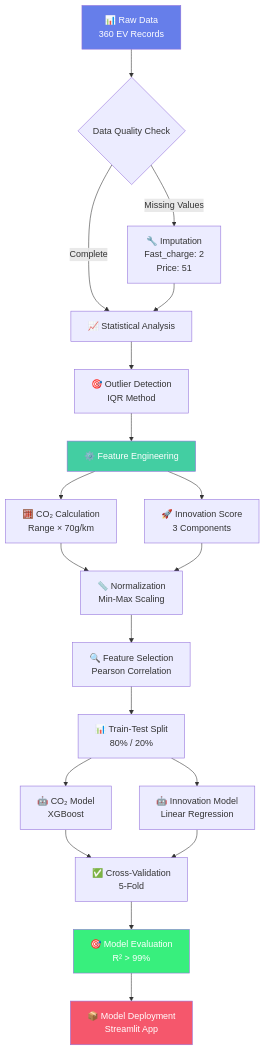
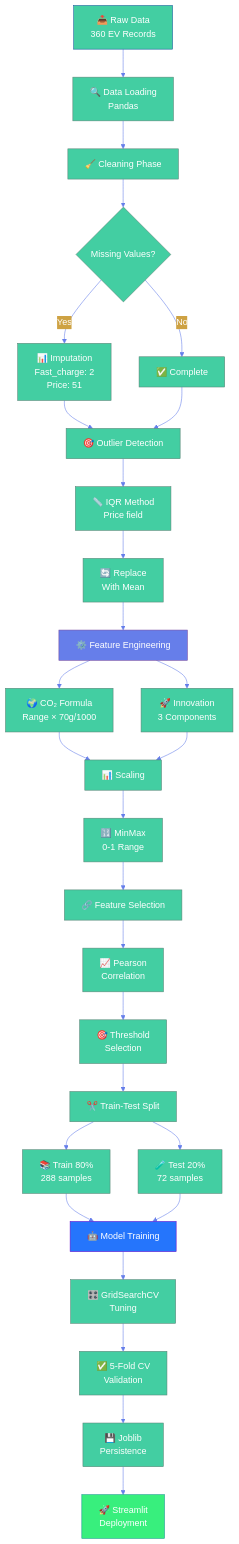
One commit to Itsshraddha/EVerGreen changed the fourth of 6 diagrams in README.md. Above: the diagram before and after it, drawn with Mermaid. The commit also changed other lines of this file, not shown here.

````diff
--- a/README.md
+++ b/README.md
@@ -1273,33 +322,45 @@
 ```mermaid
-graph TD
-    A[📊 Raw Data<br/>360 EV Records] --> B{Data Quality Check}
-    B -->|Missing Values| C[🔧 Imputation<br/>Fast_charge: 2<br/>Price: 51]
-    B -->|Complete| D[📈 Statistical Analysis]
+%%{init: {'theme':'base', 'themeVariables': { 'primaryColor':'#43cea2','primaryTextColor':'#fff','lineColor':'#667eea'}}}%%
+flowchart TD
+    A[📥 Raw Data<br/>360 EV Records] --> B[🔍 Data Loading<br/>Pandas]
     
-    C --> D
-    D --> E[🎯 Outlier Detection<br/>IQR Method]
-    E --> F[⚙️ Feature Engineering]
+    B --> C[🧹 Cleaning Phase]
+    C --> D{Missing Values?}
+    D -->|Yes| E[📊 Imputation<br/>Fast_charge: 2<br/>Price: 51]
+    D -->|No| F[✅ Complete]
     
-    F --> G[🧮 CO₂ Calculation<br/>Range × 70g/km]
-    F --> H[🚀 Innovation Score<br/>3 Components]
+    E --> G[🎯 Outlier Detection]
+    F --> G
+    G --> H[📏 IQR Method<br/>Price field]
+    H --> I[🔄 Replace<br/>With Mean]
     
-    G --> I[📏 Normalization<br/>Min-Max Scaling]
-    H --> I
+    I --> J[⚙️ Feature Engineering]
+    J --> K[🌍 CO₂ Formula<br/>Range × 70g/1000]
+    J --> L[🚀 Innovation<br/>3 Components]
     
-    I --> J[🔍 Feature Selection<br/>Pearson Correlation]
-    J --> K[📊 Train-Test Split<br/>80% / 20%]
+    K --> M[📊 Scaling]
+    L --> M
+    M --> N[🔢 MinMax<br/>0-1 Range]
     
-    K --> L[🤖 CO₂ Model<br/>XGBoost]
-    K --> M[🤖 Innovation Model<br/>Linear Regression]
+    N --> O[🔗 Feature Selection]
+    O --> P[📈 Pearson<br/>Correlation]
+    P --> Q[🎯 Threshold<br/>Selection]
     
-    L --> N[✅ Cross-Validation<br/>5-Fold]
-    M --> N
+    Q --> R[✂️ Train-Test Split]
+    R --> S[📚 Train 80%<br/>288 samples]
+    R --> T[🧪 Test 20%<br/>72 samples]
     
-    N --> O[🎯 Model Evaluation<br/>R² > 99%]
-    O --> P[📦 Model Deployment<br/>Streamlit App]
+    S --> U[🤖 Model Training]
+    T --> U
+    U --> V[🎛️ GridSearchCV<br/>Tuning]
     
-    style A fill:#667eea,color:#fff
-    style F fill:#43cea2,color:#fff
-    style O fill:#38ef7d,color:#fff
-    style P fill:#f5576c,color:#fff
+    V --> W[✅ 5-Fold CV<br/>Validation]
+    W --> X[💾 Joblib<br/>Persistence]
+    
+    X --> Y[🚀 Streamlit<br/>Deployment]
+    
+    style A fill:#43cea2,stroke:#185a9d,color:#fff
+    style J fill:#667eea,stroke:#764ba2,color:#fff
+    style U fill:#2575fc,stroke:#6a11cb,color:#fff
+    style Y fill:#38ef7d,stroke:#11998e,color:#fff
 ```
````
